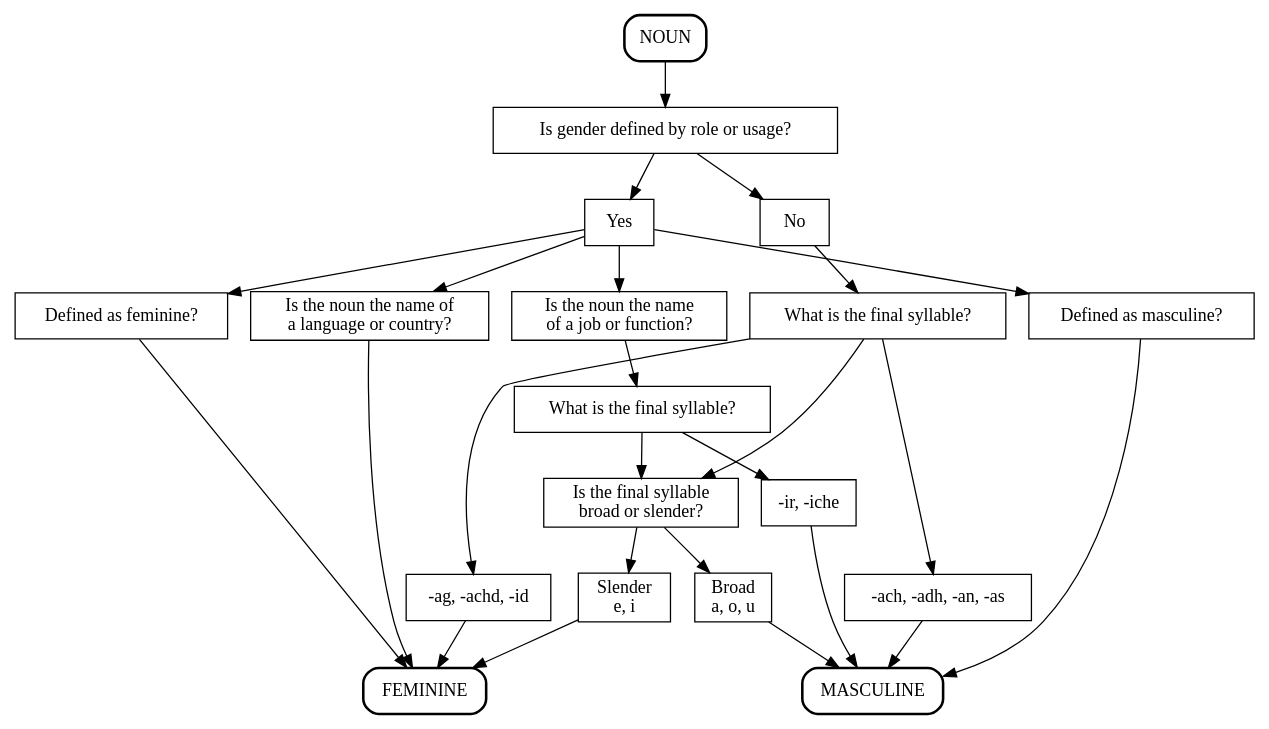
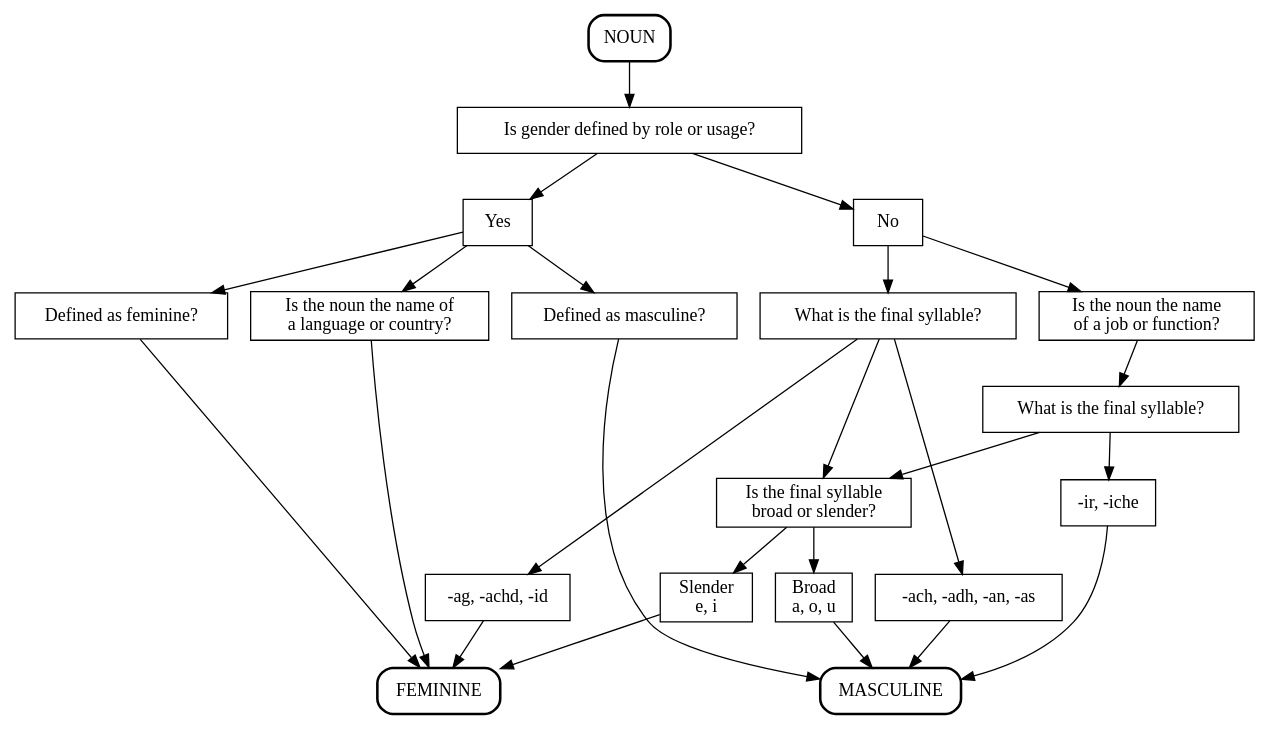
One commit to ComputationalGaelic/GaelicDiagrams changed the diagram in gaelic_diagrams/nouns/grammatical_gender.dot. Above: the diagram before and after it, drawn with Graphviz. The commit also changed 1 other file, not shown here.

Commit message:
renderer and gender diagram updates

```diff
--- a/gaelic_diagrams/nouns/grammatical_gender.dot
+++ b/gaelic_diagrams/nouns/grammatical_gender.dot
@@ -1,53 +1,53 @@
 digraph grammatical_gender {
 	node [shape = box];
 	/* nodes */
 	START				[label="NOUN", style="rounded, bold"];
 	known_gender        [label="Is gender defined by role or usage?"];
 	known_gender_y      [label="Yes"];
 	known_gender_n      [label="No"];
 	defined_f			[label="Defined as feminine?"];
 	defined_m			[label="Defined as masculine?"];
 	languages_countries [label="Is the noun the name of\na language or country?"];
 	final_syllable      [label="What is the final syllable?"];
 	endings_f			[label="-ag, -achd, -id"];
 	endings_m			[label="-ach, -adh, -an, -as"];
 	job_or_function     [label="Is the noun the name\nof a job or function?"];
 	job_final_syllable  [label="What is the final syllable?"];
 	job_ending_m        [label="-ir, -iche"];
 	broad_slender       [label="Is the final syllable\nbroad or slender?"];
 	slender				[label="Slender\ne, i"];
 	broad				[label="Broad\na, o, u"];
 	FEMININE		    [label="FEMININE", style="rounded, bold"];
 	MASCULINE		    [label="MASCULINE", style="rounded, bold"];
 	/* graph */
 	START -> known_gender;
 	known_gender -> known_gender_y;
 	known_gender_y -> defined_f;
 	known_gender_y -> languages_countries;
 	known_gender_y -> defined_m;
 	defined_f -> FEMININE;
 	languages_countries -> FEMININE;
 	defined_m -> MASCULINE;
 	known_gender -> known_gender_n;
 	known_gender_n -> final_syllable;
 	final_syllable -> endings_f;
 	endings_f -> FEMININE;
 	final_syllable -> endings_m;
 	endings_m -> MASCULINE;
-	known_gender_y -> job_or_function;
+	known_gender_n -> job_or_function;
 	job_or_function -> job_final_syllable;
 	job_final_syllable -> job_ending_m;
 	job_ending_m -> MASCULINE;
 	job_final_syllable -> broad_slender;
 	final_syllable -> broad_slender;
 	broad_slender -> slender;
 	broad_slender -> broad;
 	slender -> FEMININE;
 	broad -> MASCULINE;
 	/* layout */
 	{rank=same; known_gender_y, known_gender_n}
 	{rank=same; defined_f, defined_m, languages_countries, final_syllable, job_or_function}
 	{rank=same; endings_f, endings_m}
 	{rank=same; slender, broad}
 	{rank=same; FEMININE, MASCULINE}
 }
```
